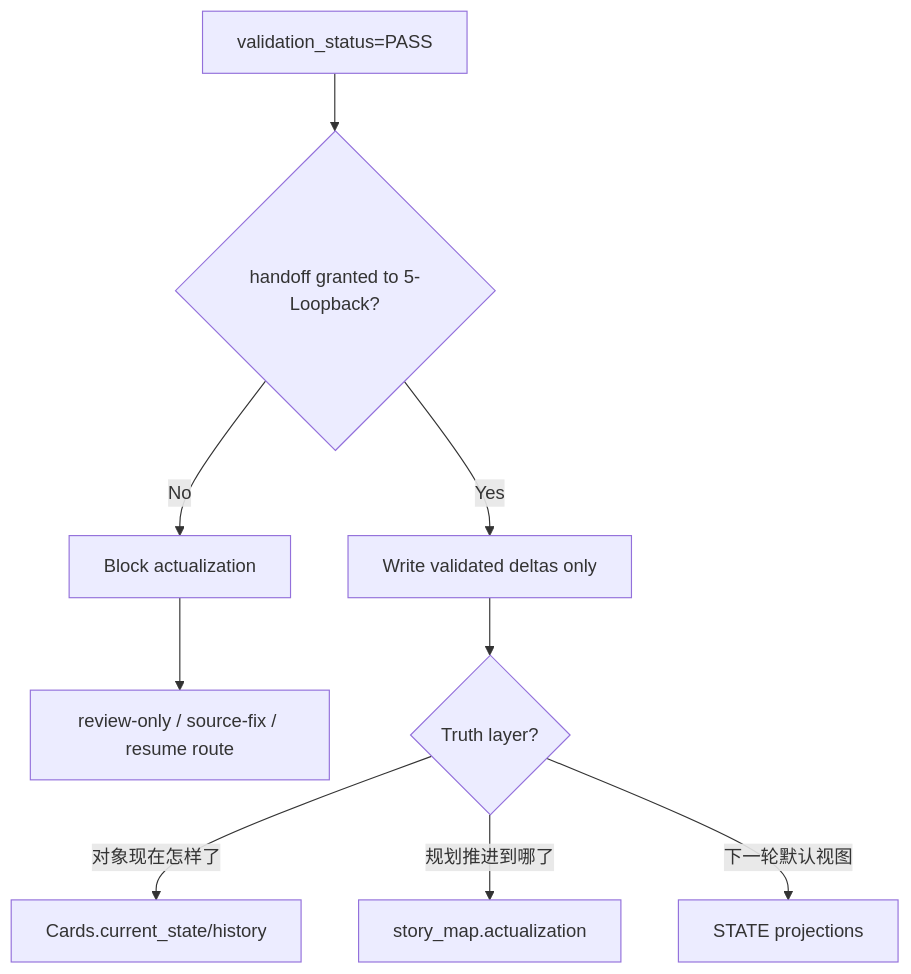
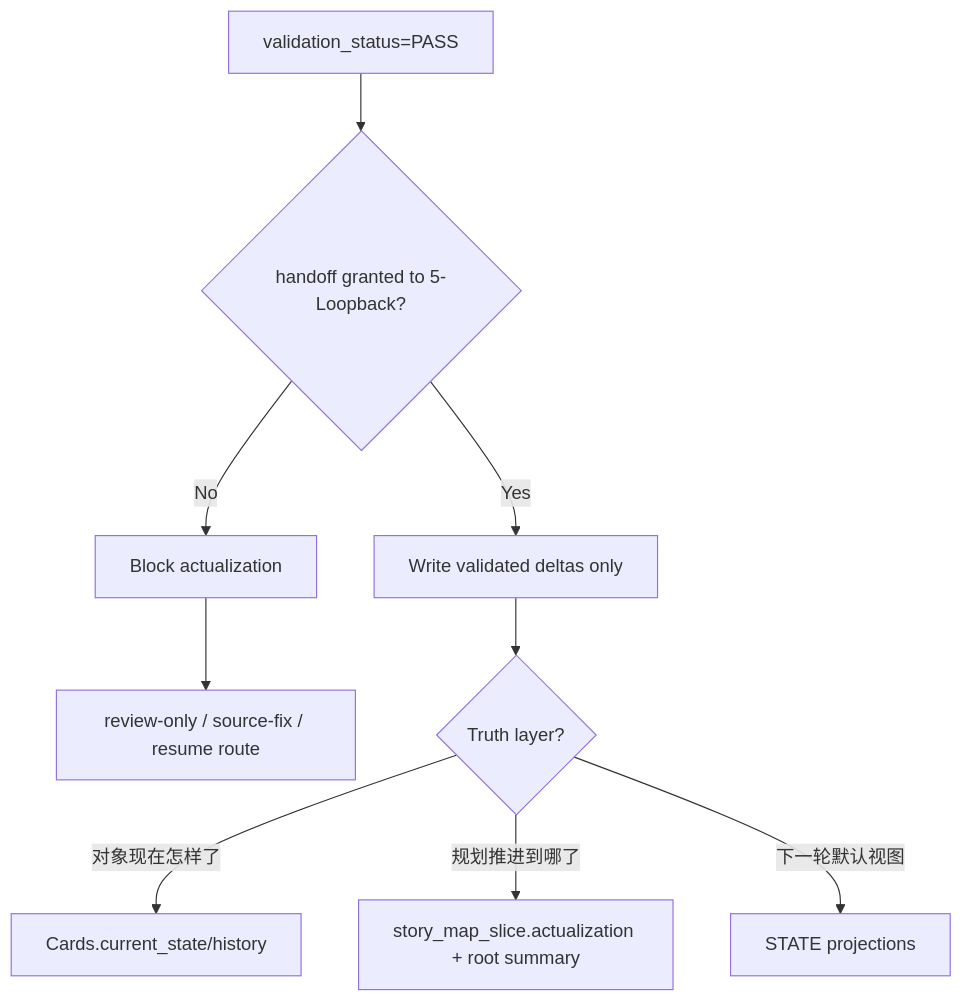
The fourth of 4 diagrams in .agents/skills/story/5-Loopback/SKILL.md (ZEN-VOID/AI-CUT), drawn with Mermaid before and after one commit. The commit also changed other lines of this file and 118 other files, not shown here.

````diff
--- a/.agents/skills/story/5-Loopback/SKILL.md
+++ b/.agents/skills/story/5-Loopback/SKILL.md
@@ -160,11 +170,11 @@
 ```mermaid
 flowchart TD
     A["validation_status=PASS"] --> B{"handoff granted to 5-Loopback?"}
     B -->|"No"| C["Block actualization"]
     C --> C1["review-only / source-fix / resume route"]
     B -->|"Yes"| D["Write validated deltas only"]
     D --> E{"Truth layer?"}
     E -->|"对象现在怎样了"| F["Cards.current_state/history"]
-    E -->|"规划推进到哪了"| G["story_map.actualization"]
+    E -->|"规划推进到哪了"| G["story_map_slice.actualization + root summary"]
     E -->|"下一轮默认视图"| H["STATE projections"]
 ```
````
